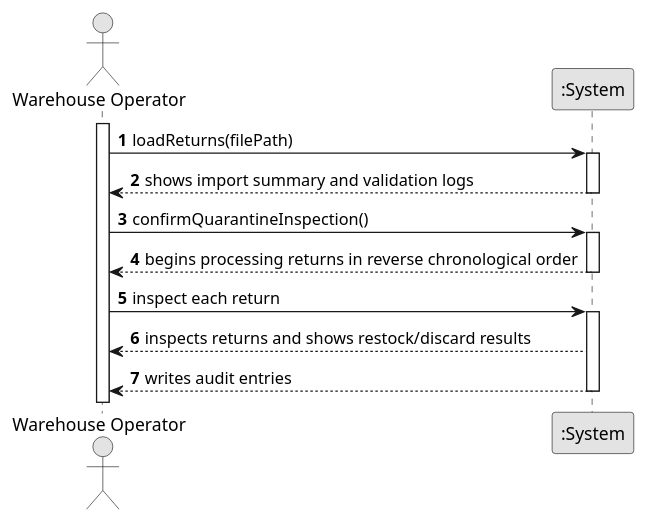
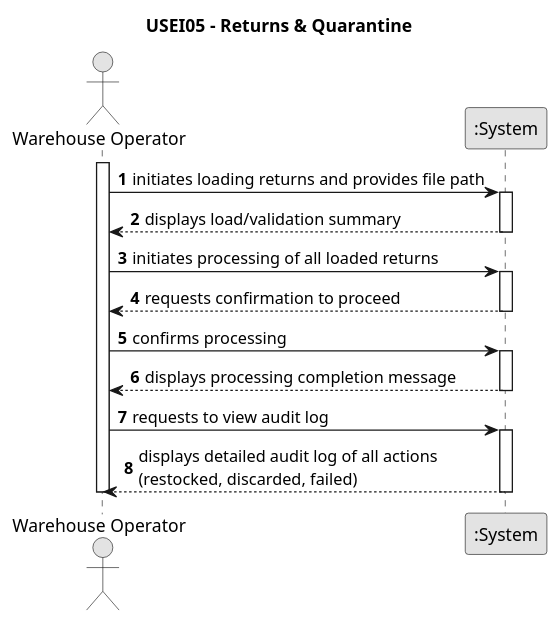
Before and after one commit to AfonsoMachado1892/Logistics-on-Rails: the diagram in defenitive-structure/docs/system-documentation/esinf-us/USEI05/01.requirements-engineering/puml/USEI05-SSD.puml, drawn with PlantUML.

Commit message:
[DOC](USEI05): Updated the USEI05 SSD.puml

```diff
--- a/defenitive-structure/docs/system-documentation/esinf-us/USEI05/01.requirements-engineering/puml/USEI05-SSD.puml
+++ b/defenitive-structure/docs/system-documentation/esinf-us/USEI05/01.requirements-engineering/puml/USEI05-SSD.puml
@@ -1,30 +1,37 @@
 @startuml
 skinparam monochrome true
 skinparam packageStyle rectangle
 skinparam shadowing false
+
+title USEI05 - Returns & Quarantine
 
 autonumber
 
 actor "Warehouse Operator" as Operator
 participant ":System" as System
 
 activate Operator
 
-Operator -> System : loadReturns(filePath)
+Operator -> System : initiates loading returns and provides file path
 activate System
-System --> Operator : shows import summary and validation logs
+System --> Operator : displays load/validation summary
 deactivate System
 
-Operator -> System : confirmQuarantineInspection()
+Operator -> System : initiates processing of all loaded returns
 activate System
-System --> Operator : begins processing returns in reverse chronological order
+System --> Operator : requests confirmation to proceed
 deactivate System
 
-Operator -> System : inspect each return
+Operator -> System : confirms processing
 activate System
-
-System --> Operator : inspects returns and shows restock/discard results
-System --> Operator : writes audit entries
+System --> Operator : displays processing completion message
 deactivate System
 
+Operator -> System : requests to view audit log
+activate System
+System --> Operator : displays detailed audit log of all actions \n(restocked, discarded, failed)
+deactivate System
+
+deactivate Operator
+
 @enduml
```
